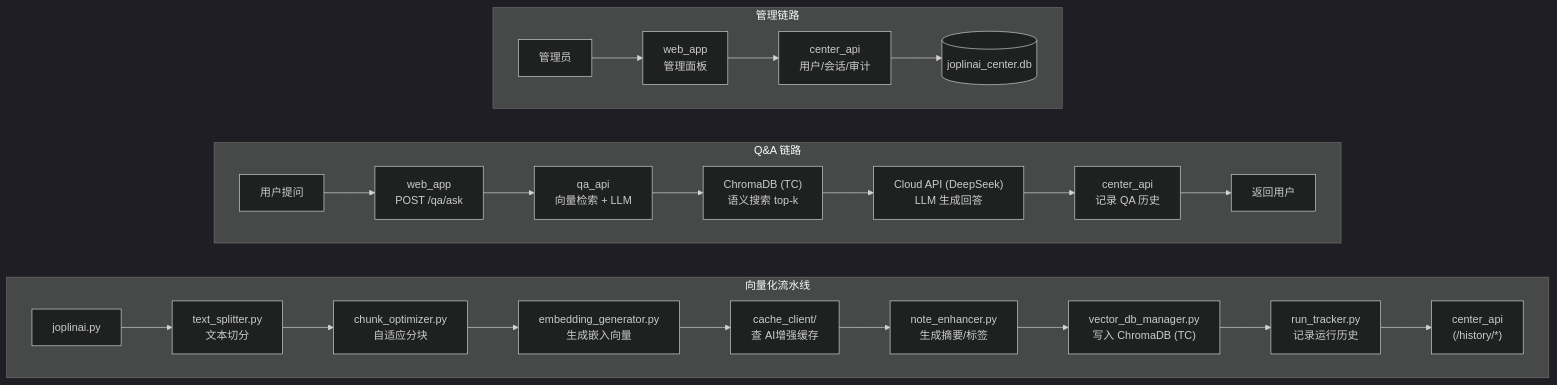
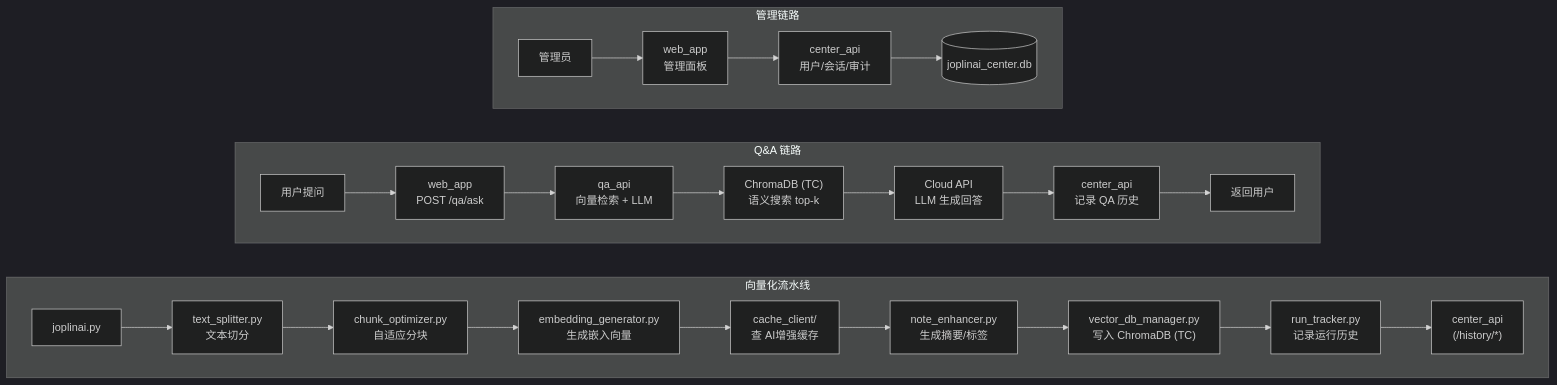
One commit to heart5/joplinai changed the third of 10 diagrams in docs/TECHNICAL_MANUAL.md. Above: the diagram before and after it, drawn with Mermaid (dark theme). The commit also changed other lines of this file and 3 other files, not shown here.

````diff
--- a/docs/TECHNICAL_MANUAL.md
+++ b/docs/TECHNICAL_MANUAL.md
@@ -159,31 +159,31 @@
 ```mermaid
 flowchart LR
     subgraph FLOW1["向量化流水线"]
         direction LR
         V1["joplinai.py"] --> V2["text_splitter.py<br/>文本切分"]
         V2 --> V3["chunk_optimizer.py<br/>自适应分块"]
         V3 --> V4["embedding_generator.py<br/>生成嵌入向量"]
         V4 --> V5["cache_client/<br/>查 AI增强缓存"]
         V5 --> V6["note_enhancer.py<br/>生成摘要/标签"]
         V6 --> V7["vector_db_manager.py<br/>写入 ChromaDB (TC)"]
         V7 --> V8["run_tracker.py<br/>记录运行历史"]
         V8 --> V9["center_api<br/>(/history/*)"]
     end
 
     subgraph FLOW2["Q&A 链路"]
         direction LR
         Q1["用户提问"] --> Q2["web_app<br/>POST /qa/ask"]
         Q2 --> Q3["qa_api<br/>向量检索 + LLM"]
         Q3 --> Q4["ChromaDB (TC)<br/>语义搜索 top-k"]
-        Q4 --> Q5["Cloud API (DeepSeek)<br/>LLM 生成回答"]
+        Q4 --> Q5["Cloud API<br/>LLM 生成回答"]
         Q5 --> Q6["center_api<br/>记录 QA 历史"]
         Q6 --> Q7["返回用户"]
     end
 
     subgraph FLOW3["管理链路"]
         direction LR
         M1["管理员"] --> M2["web_app<br/>管理面板"]
         M2 --> M3["center_api<br/>用户/会话/审计"]
         M3 --> M4[("joplinai_center.db")]
     end
 ```
````
